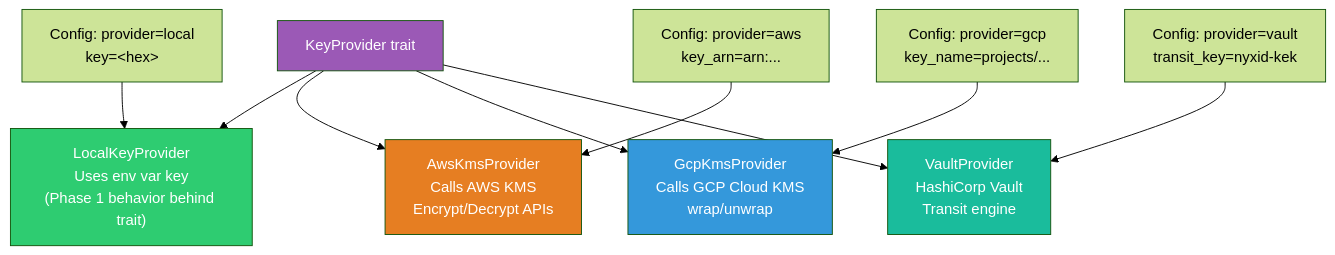
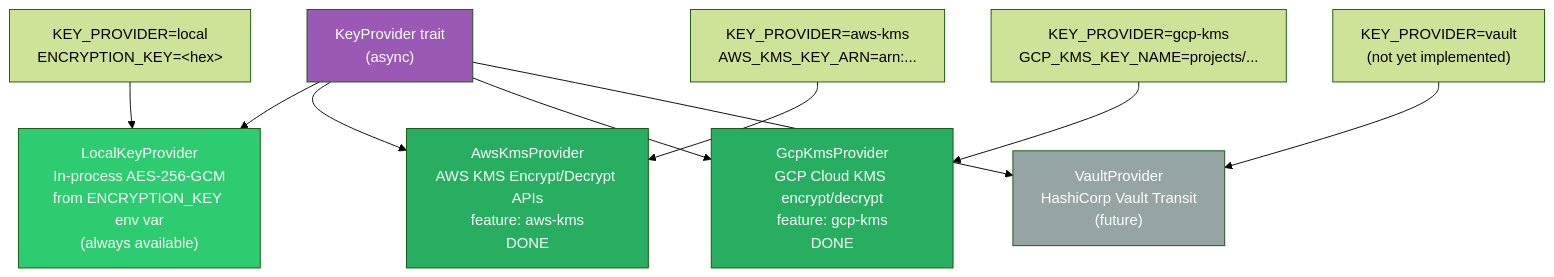
One commit to ChronoAIProject/NyxID changed diagram 11 of 31 in docs/ENCRYPTION_ARCHITECTURE.md. Above: the diagram before and after it, drawn with Mermaid (forest theme). The commit also changed other lines of this file and 26 other files, not shown here.

First line of the commit message:
feat: add Cloud KMS integration with AWS and GCP providers (Phase 4)

````diff
--- a/docs/ENCRYPTION_ARCHITECTURE.md
+++ b/docs/ENCRYPTION_ARCHITECTURE.md
@@ -383,20 +398,20 @@
 ```mermaid
 graph TD
-    T["KeyProvider trait"]
+    T["KeyProvider trait<br/>(async)"]
 
-    T --> L["LocalKeyProvider<br/>Uses env var key<br/>(Phase 1 behavior behind trait)"]
-    T --> A["AwsKmsProvider<br/>Calls AWS KMS<br/>Encrypt/Decrypt APIs"]
-    T --> G["GcpKmsProvider<br/>Calls GCP Cloud KMS<br/>wrap/unwrap"]
-    T --> V["VaultProvider<br/>HashiCorp Vault<br/>Transit engine"]
+    T --> L["LocalKeyProvider<br/>In-process AES-256-GCM<br/>from ENCRYPTION_KEY env var<br/>(always available)"]
+    T --> A["AwsKmsProvider<br/>AWS KMS Encrypt/Decrypt APIs<br/>feature: aws-kms<br/>DONE"]
+    T --> G["GcpKmsProvider<br/>GCP Cloud KMS encrypt/decrypt<br/>feature: gcp-kms<br/>DONE"]
+    T --> V["VaultProvider<br/>HashiCorp Vault Transit<br/>(future)"]
 
-    CFG1["Config: provider=local<br/>key=&lt;hex&gt;"] --> L
-    CFG2["Config: provider=aws<br/>key_arn=arn:..."] --> A
-    CFG3["Config: provider=gcp<br/>key_name=projects/..."] --> G
-    CFG4["Config: provider=vault<br/>transit_key=nyxid-kek"] --> V
+    CFG1["KEY_PROVIDER=local<br/>ENCRYPTION_KEY=&lt;hex&gt;"] --> L
+    CFG2["KEY_PROVIDER=aws-kms<br/>AWS_KMS_KEY_ARN=arn:..."] --> A
+    CFG3["KEY_PROVIDER=gcp-kms<br/>GCP_KMS_KEY_NAME=projects/..."] --> G
+    CFG4["KEY_PROVIDER=vault<br/>(not yet implemented)"] --> V
 
     style T fill:#9b59b6,color:#fff
     style L fill:#2ecc71,color:#fff
-    style A fill:#e67e22,color:#fff
-    style G fill:#3498db,color:#fff
-    style V fill:#1abc9c,color:#fff
+    style A fill:#27ae60,color:#fff
+    style G fill:#27ae60,color:#fff
+    style V fill:#95a5a6,color:#fff
 ```
````
